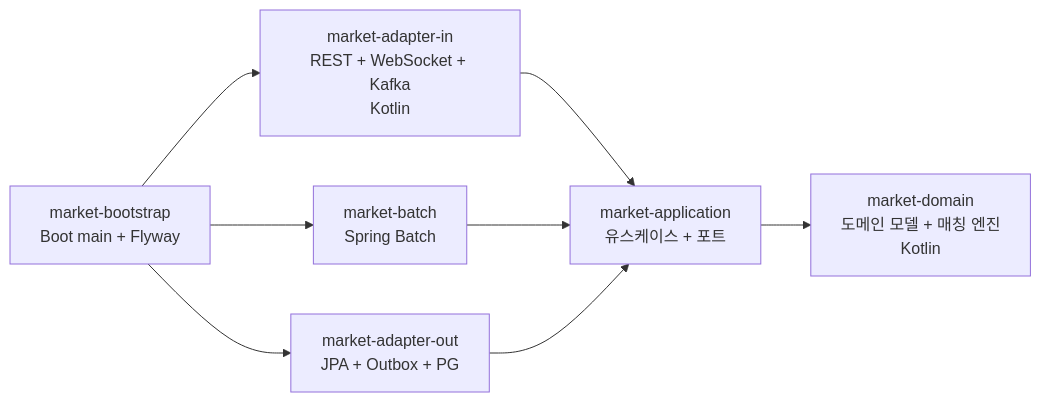
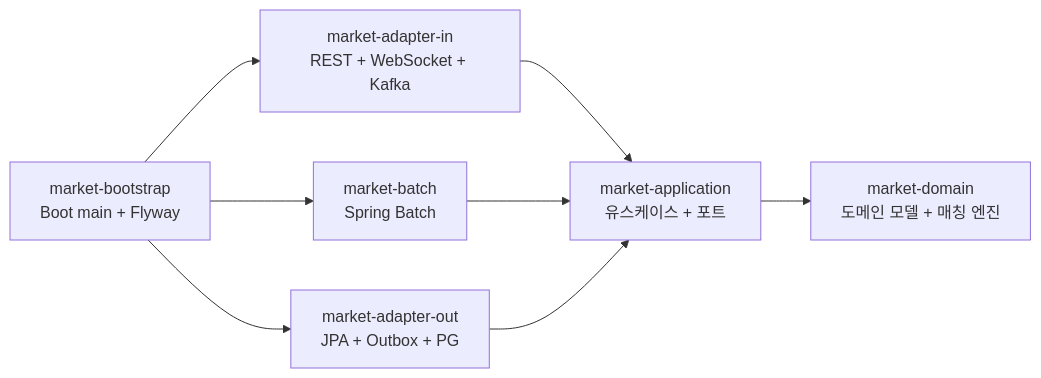
One commit to ssa1004/bid-ask-marketplace changed the second of 3 diagrams in README.md. Above: the diagram before and after it, drawn with Mermaid. The commit also changed other lines of this file and 4 other files, not shown here.

````diff
--- a/README.md
+++ b/README.md
@@ -118,17 +118,17 @@
 ```mermaid
 graph LR
-    in[market-adapter-in<br/>REST + WebSocket + Kafka<br/>Kotlin]
+    in[market-adapter-in<br/>REST + WebSocket + Kafka]
     app[market-application<br/>유스케이스 + 포트]
-    domain[market-domain<br/>도메인 모델 + 매칭 엔진<br/>Kotlin]
+    domain[market-domain<br/>도메인 모델 + 매칭 엔진]
     out[market-adapter-out<br/>JPA + Outbox + PG]
     batch[market-batch<br/>Spring Batch]
     boot[market-bootstrap<br/>Boot main + Flyway]
 
     in --> app
     boot --> in
     boot --> out
     boot --> batch
     batch --> app
     out --> app
     app --> domain
 ```
````
